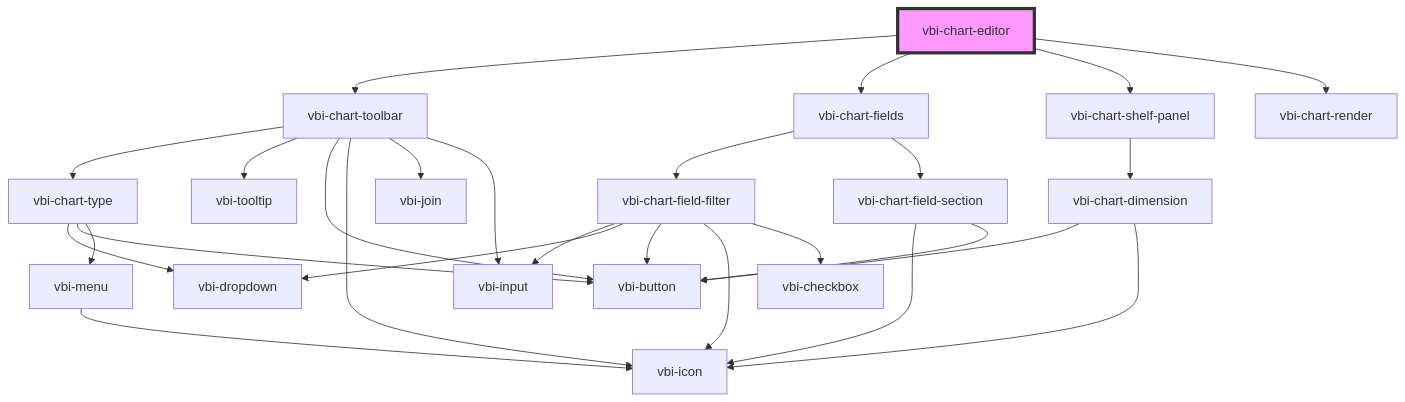
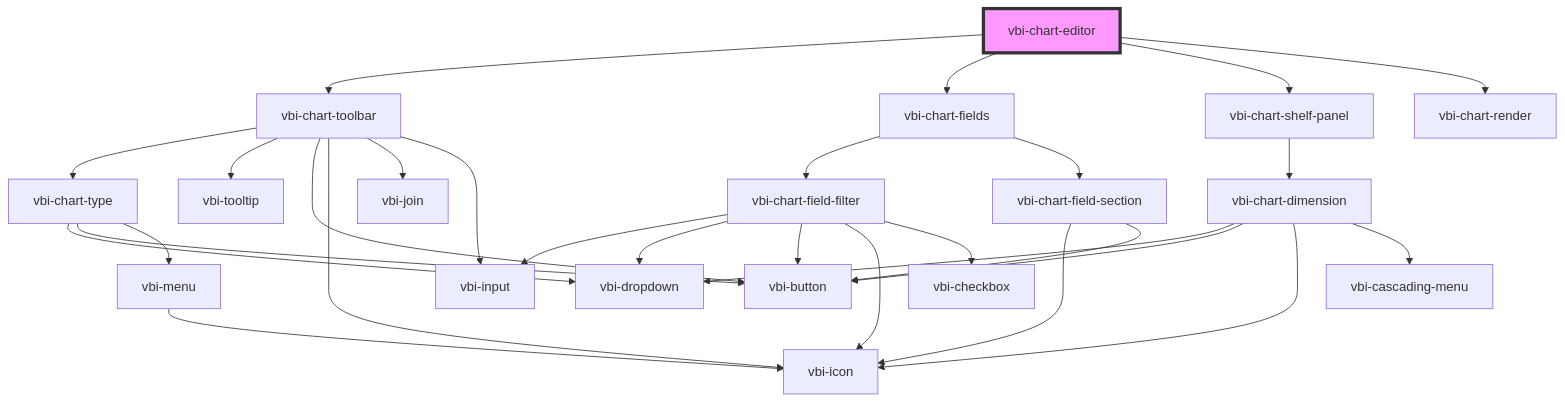
One commit to Ditto190/VBI-modme changed the diagram in packages/vbi-component/src/components/chart/vbi-chart-editor/readme.md. Above: the diagram before and after it, drawn with Mermaid. The commit also changed 16 other files, not shown here.

Commit message:
feat(vbi-component): add i18n translations for shelves menu and encodings

````diff
--- a/packages/vbi-component/src/components/chart/vbi-chart-editor/readme.md
+++ b/packages/vbi-component/src/components/chart/vbi-chart-editor/readme.md
@@ -18,30 +18,32 @@
 ```mermaid
 graph TD;
   vbi-chart-editor --> vbi-chart-toolbar
   vbi-chart-editor --> vbi-chart-fields
   vbi-chart-editor --> vbi-chart-shelf-panel
   vbi-chart-editor --> vbi-chart-render
   vbi-chart-toolbar --> vbi-chart-type
   vbi-chart-toolbar --> vbi-tooltip
   vbi-chart-toolbar --> vbi-button
   vbi-chart-toolbar --> vbi-icon
   vbi-chart-toolbar --> vbi-join
   vbi-chart-toolbar --> vbi-input
   vbi-chart-type --> vbi-dropdown
   vbi-chart-type --> vbi-button
   vbi-chart-type --> vbi-menu
   vbi-menu --> vbi-icon
   vbi-chart-fields --> vbi-chart-field-filter
   vbi-chart-fields --> vbi-chart-field-section
   vbi-chart-field-filter --> vbi-input
   vbi-chart-field-filter --> vbi-dropdown
   vbi-chart-field-filter --> vbi-button
   vbi-chart-field-filter --> vbi-icon
   vbi-chart-field-filter --> vbi-checkbox
   vbi-chart-field-section --> vbi-icon
   vbi-chart-field-section --> vbi-button
   vbi-chart-shelf-panel --> vbi-chart-dimension
+  vbi-chart-dimension --> vbi-dropdown
   vbi-chart-dimension --> vbi-button
   vbi-chart-dimension --> vbi-icon
+  vbi-chart-dimension --> vbi-cascading-menu
   style vbi-chart-editor fill:#f9f,stroke:#333,stroke-width:4px
 ```
````
